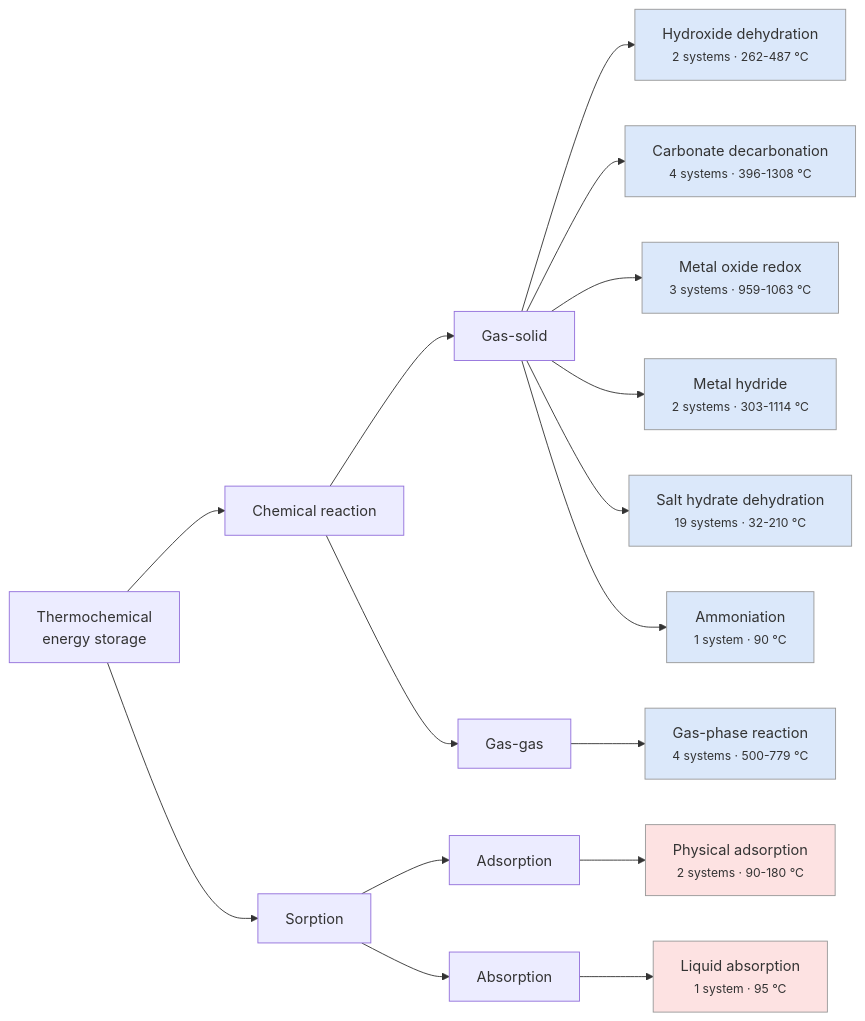
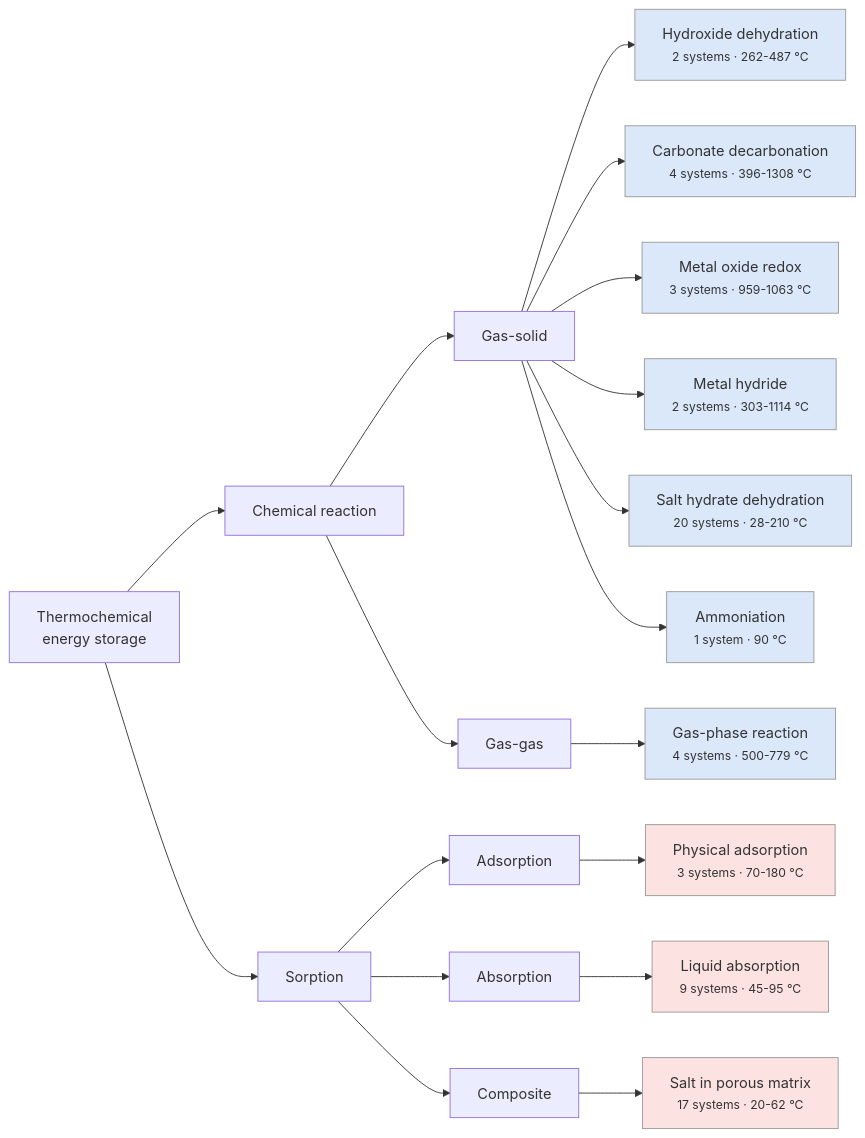
One commit to christophersathya-bit/thermochemical-energy-storage-database changed the diagram in figures/00_classification_tree.mmd. Above: the diagram before and after it, drawn with Mermaid. The commit also changed 7 other files, not shown here.

Commit message:
Update figures; add Fig. 13 composites and liquid pairs

```diff
--- a/figures/00_classification_tree.mmd
+++ b/figures/00_classification_tree.mmd
@@ -1,26 +1,29 @@
 flowchart LR
   TCES["Thermochemical<br/>energy storage"]
   TCES --> Chemical_reaction["Chemical reaction"]
   Chemical_reaction --> Chemical_reactionGas_solid["Gas-solid"]
   Chemical_reactionGas_solid --> Hydroxide_dehydration["Hydroxide dehydration<br/><small>2 systems · 262-487 °C</small>"]
   style Hydroxide_dehydration fill:#dbe8fa,stroke:#999
   Chemical_reactionGas_solid --> Carbonate_decarbonation["Carbonate decarbonation<br/><small>4 systems · 396-1308 °C</small>"]
   style Carbonate_decarbonation fill:#dbe8fa,stroke:#999
   Chemical_reactionGas_solid --> Metal_oxide_redox["Metal oxide redox<br/><small>3 systems · 959-1063 °C</small>"]
   style Metal_oxide_redox fill:#dbe8fa,stroke:#999
   Chemical_reactionGas_solid --> Metal_hydride["Metal hydride<br/><small>2 systems · 303-1114 °C</small>"]
   style Metal_hydride fill:#dbe8fa,stroke:#999
-  Chemical_reactionGas_solid --> Salt_hydrate_dehydration["Salt hydrate dehydration<br/><small>19 systems · 32-210 °C</small>"]
+  Chemical_reactionGas_solid --> Salt_hydrate_dehydration["Salt hydrate dehydration<br/><small>20 systems · 28-210 °C</small>"]
   style Salt_hydrate_dehydration fill:#dbe8fa,stroke:#999
   Chemical_reactionGas_solid --> Ammoniation["Ammoniation<br/><small>1 system · 90 °C</small>"]
   style Ammoniation fill:#dbe8fa,stroke:#999
   Chemical_reaction --> Chemical_reactionGas_gas["Gas-gas"]
   Chemical_reactionGas_gas --> Gas_phase_reaction["Gas-phase reaction<br/><small>4 systems · 500-779 °C</small>"]
   style Gas_phase_reaction fill:#dbe8fa,stroke:#999
   TCES --> Sorption["Sorption"]
   Sorption --> SorptionAdsorption["Adsorption"]
-  SorptionAdsorption --> Physical_adsorption["Physical adsorption<br/><small>2 systems · 90-180 °C</small>"]
+  SorptionAdsorption --> Physical_adsorption["Physical adsorption<br/><small>3 systems · 70-180 °C</small>"]
   style Physical_adsorption fill:#fde2e2,stroke:#999
   Sorption --> SorptionAbsorption["Absorption"]
-  SorptionAbsorption --> Liquid_absorption["Liquid absorption<br/><small>1 system · 95 °C</small>"]
+  SorptionAbsorption --> Liquid_absorption["Liquid absorption<br/><small>9 systems · 45-95 °C</small>"]
   style Liquid_absorption fill:#fde2e2,stroke:#999
+  Sorption --> SorptionComposite["Composite"]
+  SorptionComposite --> Salt_in_porous_matrix["Salt in porous matrix<br/><small>17 systems · 20-62 °C</small>"]
+  style Salt_in_porous_matrix fill:#fde2e2,stroke:#999
```
